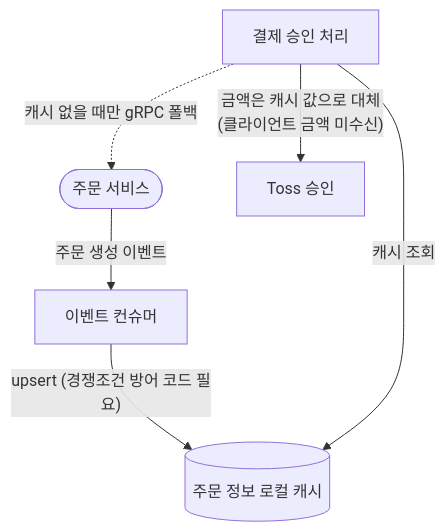
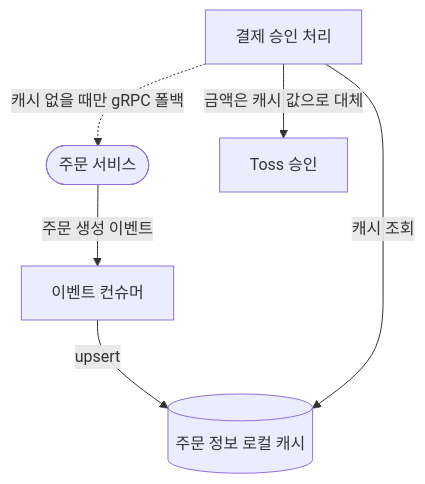
The first of 2 diagrams in src/content/projects/project-1/troubleshooting/order-verification-cache-to-grpc/index.md (Jinpyo-An/Jinpyo-An.github.io), drawn with Mermaid before and after one commit. The commit also changed other lines of this file, not shown here.

````diff
--- a/src/content/projects/project-1/troubleshooting/order-verification-cache-to-grpc/index.md
+++ b/src/content/projects/project-1/troubleshooting/order-verification-cache-to-grpc/index.md
@@ -25,8 +25,8 @@
 ```mermaid
 flowchart TB
     E1(["주문 서비스"]) -- "주문 생성 이벤트" --> C1["이벤트 컨슈머"]
-    C1 -- "upsert (경쟁조건 방어 코드 필요)" --> S1[("주문 정보 로컬 캐시")]
+    C1 -- "upsert" --> S1[("주문 정보 로컬 캐시")]
     CF1["결제 승인 처리"] -- "캐시 조회" --> S1
     CF1 -. "캐시 없을 때만 gRPC 폴백" .-> E1
-    CF1 -- "금액은 캐시 값으로 대체\n(클라이언트 금액 미수신)" --> R1["Toss 승인"]
+    CF1 -- "금액은 캐시 값으로 대체" --> R1["Toss 승인"]
 ```
````
